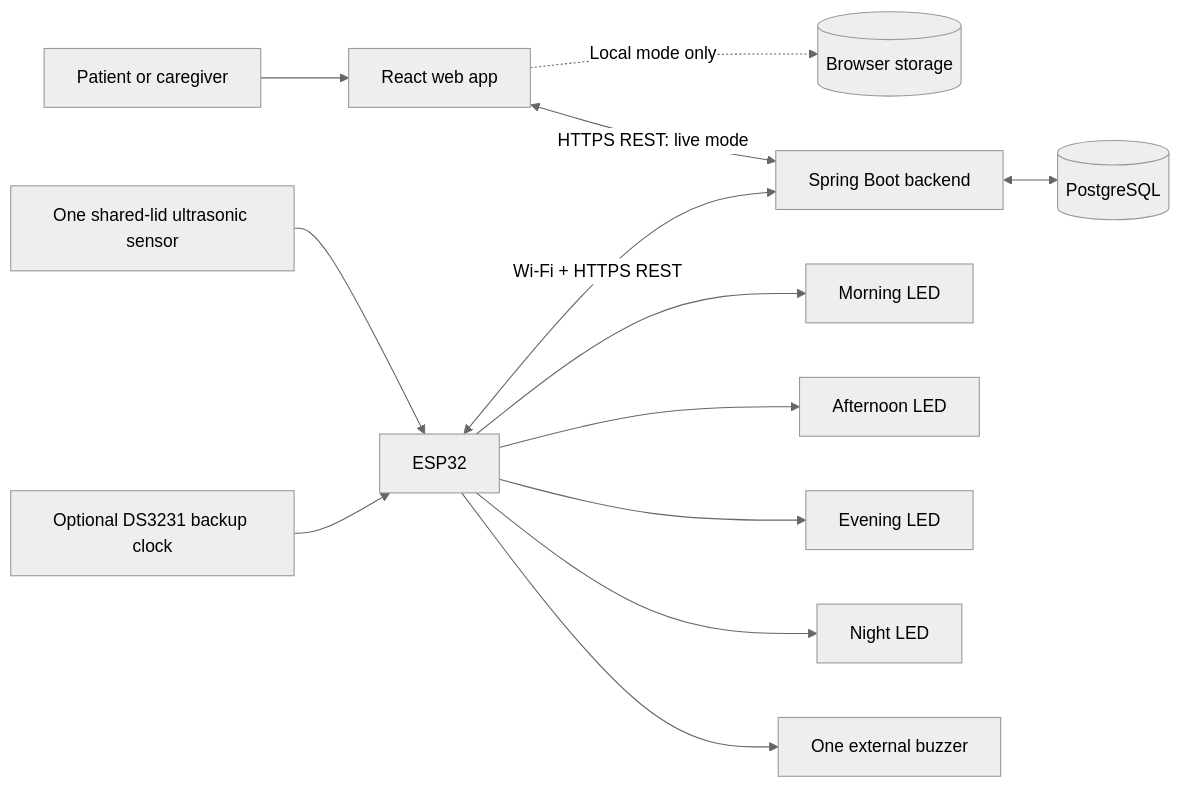
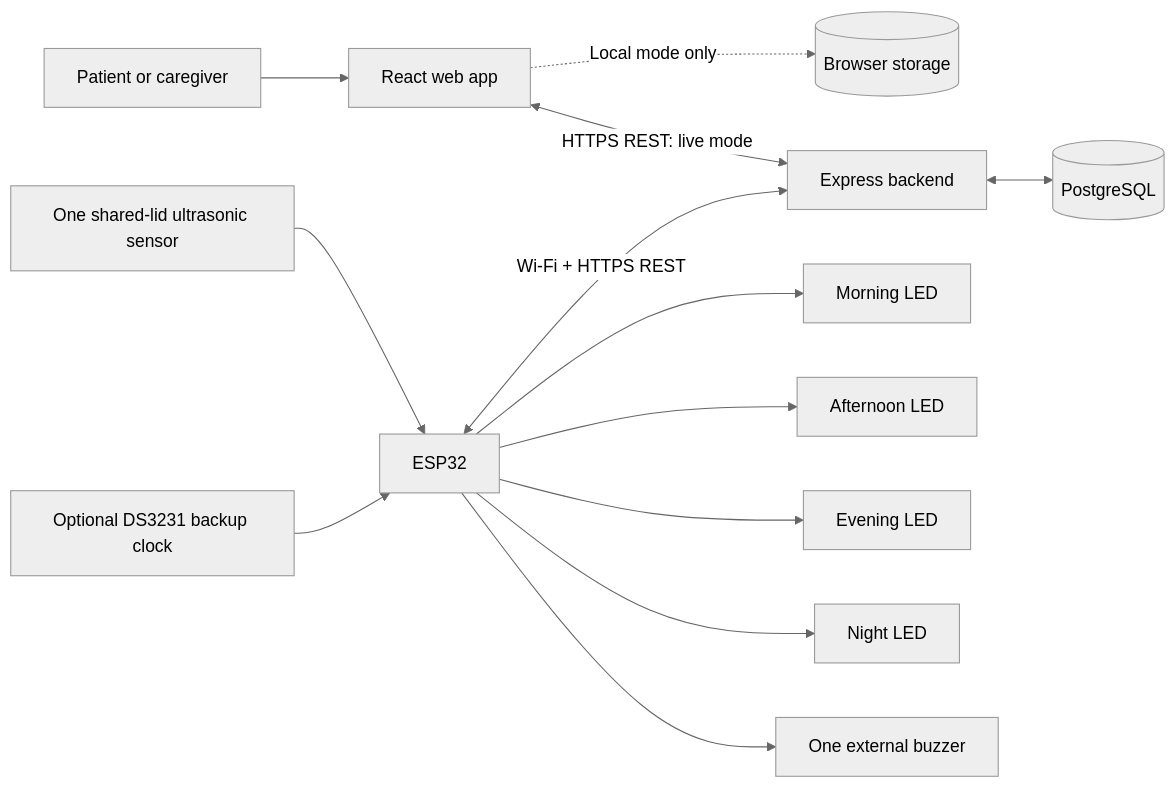
One commit to Dhanush-singh-g/IOT-project changed the diagram in docs/04_SYSTEM_ARCHITECTURE.md. Above: the diagram before and after it, drawn with Mermaid (neutral theme). The commit also changed other lines of this file and 39 other files, not shown here.

Commit message:
Implement Express PostgreSQL backend and authenticated device integration

````diff
--- a/docs/04_SYSTEM_ARCHITECTURE.md
+++ b/docs/04_SYSTEM_ARCHITECTURE.md
@@ -31,15 +31,15 @@
 ```mermaid
 flowchart LR
     U[Patient or caregiver] --> W[React web app]
     W -. Local mode only .-> L[(Browser storage)]
-    W <-->|HTTPS REST: live mode| B[Spring Boot backend]
+    W <-->|HTTPS REST: live mode| B[Express backend]
     B <--> D[(PostgreSQL)]
     E[ESP32] <-->|Wi-Fi + HTTPS REST| B
     S[One shared-lid ultrasonic sensor] --> E
     E --> M[Morning LED]
     E --> A[Afternoon LED]
     E --> V[Evening LED]
     E --> N[Night LED]
     E --> Z[One external buzzer]
     T[Optional DS3231 backup clock] --> E
 ```
````
